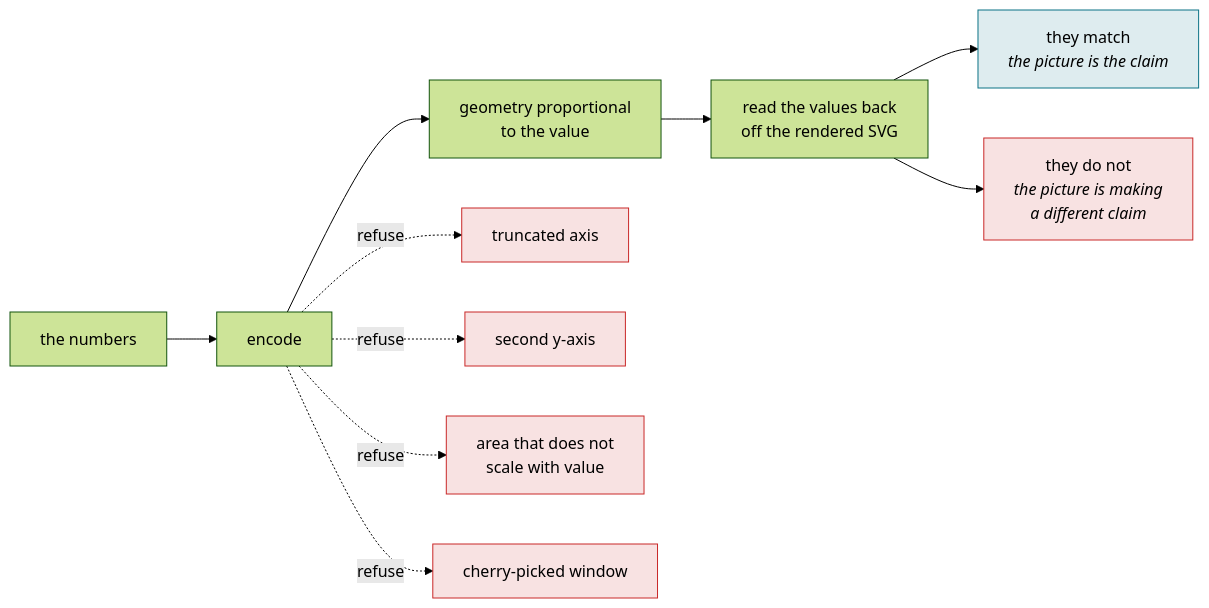
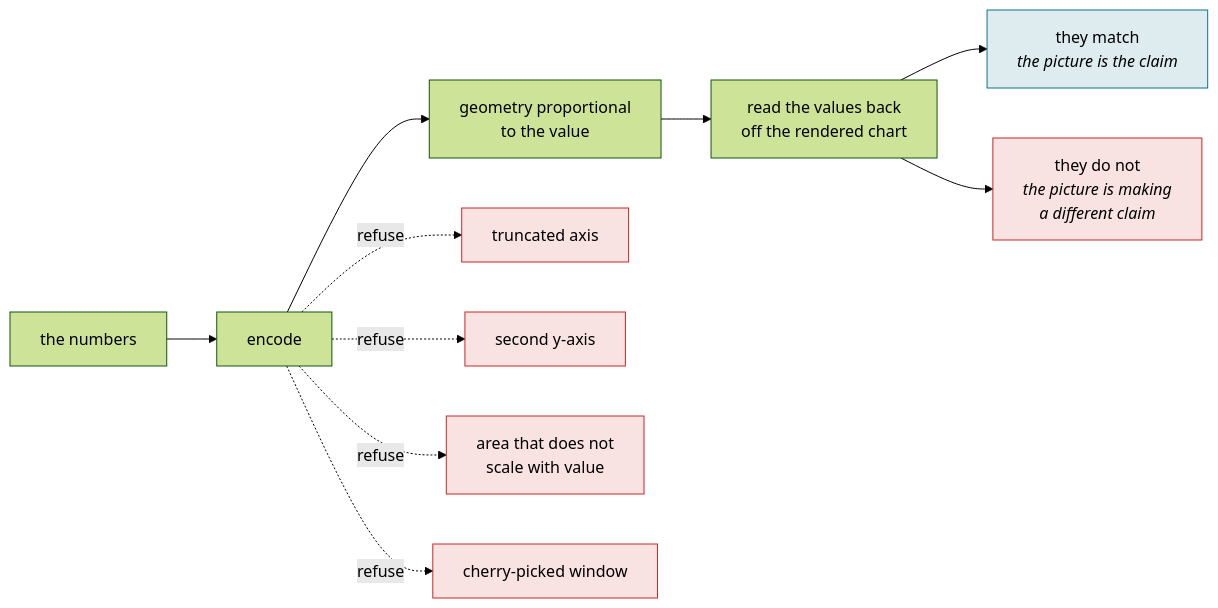
Before and after one commit to efaimo-ai/honest-chart: the first of 3 diagrams in README.md, drawn with Mermaid (forest theme). The commit also changed other lines of this file and 4 other files, not shown here.

First line of the commit message:
Apply the 11-16 audit: read back charts that a library drew

````diff
--- a/README.md
+++ b/README.md
@@ -61,16 +61,16 @@
 ```mermaid
 flowchart LR
     D["the numbers"] --> E["encode"]
     E --> G["geometry proportional<br/>to the value"]
-    G --> RB["read the values back<br/>off the rendered SVG"]
+    G --> RB["read the values back<br/>off the rendered chart"]
     RB --> OK["they match<br/><i>the picture is the claim</i>"]
     RB --> NO["they do not<br/><i>the picture is making<br/>a different claim</i>"]
     E -. refuse .-> X1["truncated axis"]
     E -. refuse .-> X2["second y-axis"]
     E -. refuse .-> X3["area that does not<br/>scale with value"]
     E -. refuse .-> X4["cherry-picked window"]
     classDef pass fill:#0b728522,stroke:#0b7285;
     classDef fail fill:#c9282822,stroke:#c92828;
     class OK pass;
     class NO,X1,X2,X3,X4 fail;
 ```
````
